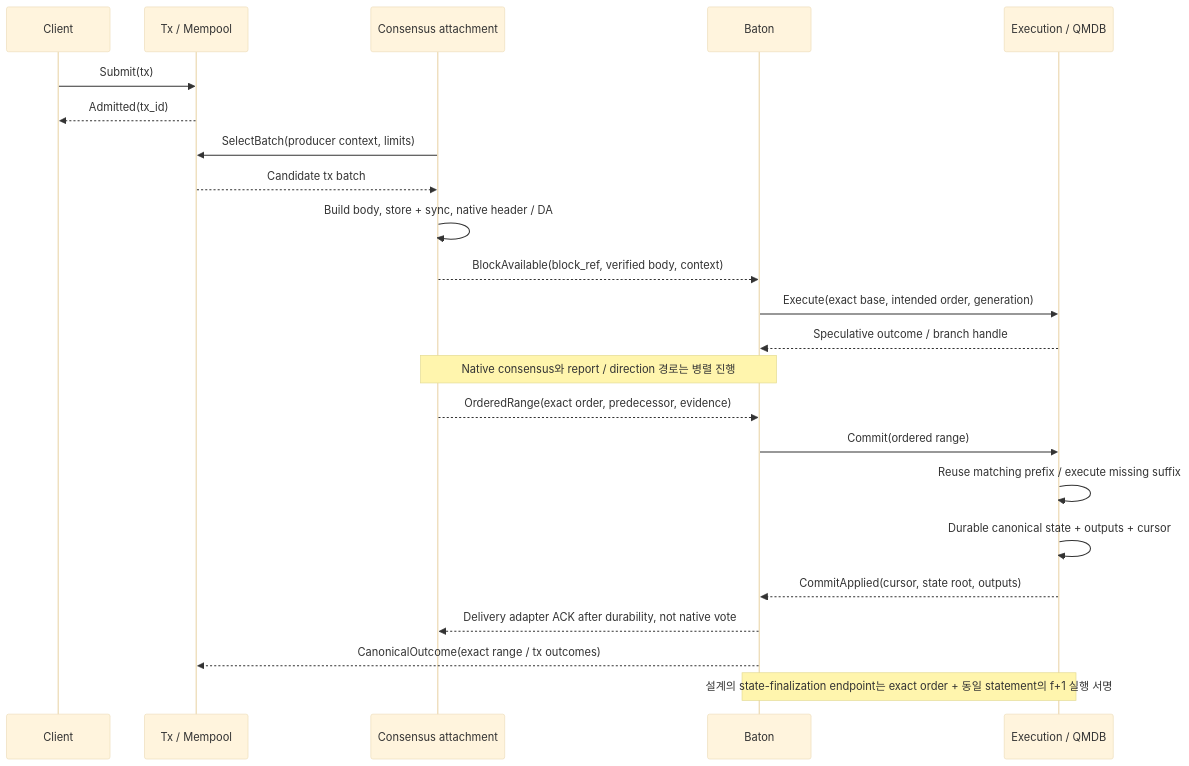
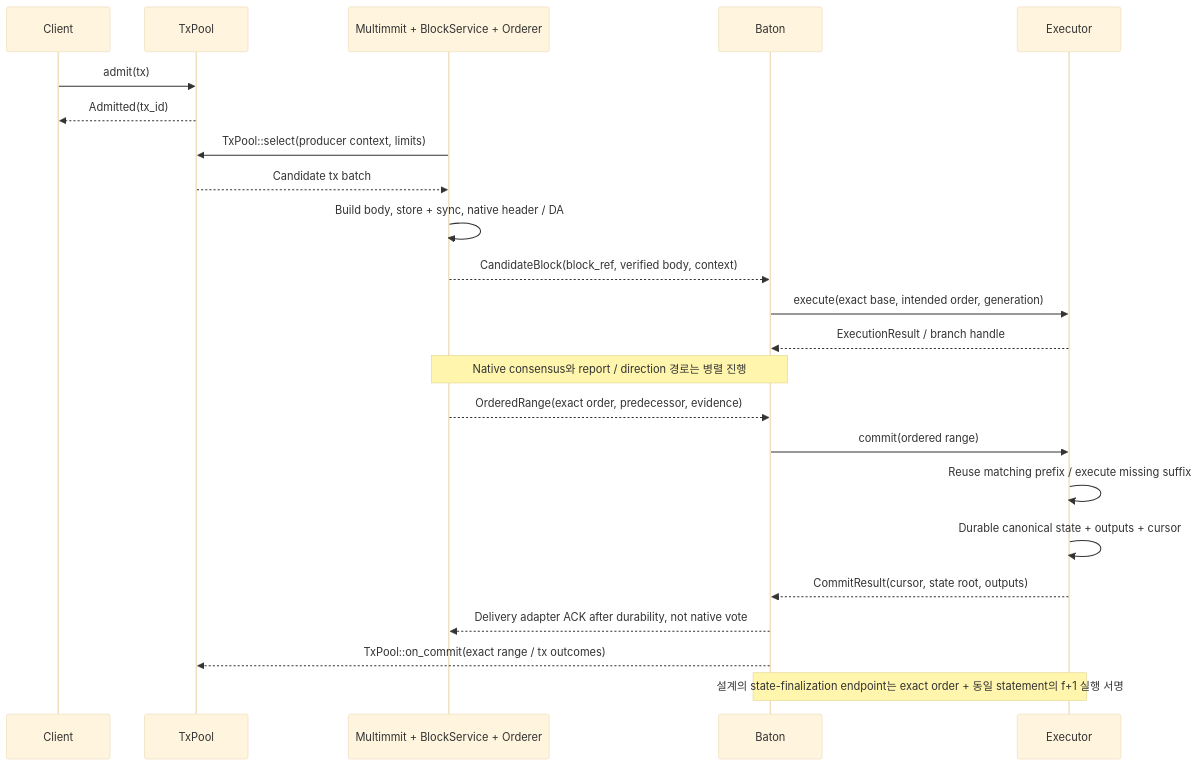
Before and after one commit to djm07073/baton-research: the second of 18 diagrams in IMPLEMENTATION_SPEC.md, drawn with Mermaid (base theme). The commit also changed other lines of this file and 51 other files, not shown here.

````diff
--- a/IMPLEMENTATION_SPEC.md
+++ b/IMPLEMENTATION_SPEC.md
@@ -182,25 +216,25 @@
 ```mermaid
 sequenceDiagram
     participant C as Client
-    participant T as Tx / Mempool
-    participant N as Consensus attachment
+    participant T as TxPool
+    participant N as Multimmit + BlockService + Orderer
     participant B as Baton
-    participant E as Execution / QMDB
-    C->>T: Submit(tx)
+    participant E as Executor
+    C->>T: admit(tx)
     T-->>C: Admitted(tx_id)
-    N->>T: SelectBatch(producer context, limits)
+    N->>T: TxPool::select(producer context, limits)
     T-->>N: Candidate tx batch
     N->>N: Build body, store + sync, native header / DA
-    N-->>B: BlockAvailable(block_ref, verified body, context)
-    B->>E: Execute(exact base, intended order, generation)
-    E-->>B: Speculative outcome / branch handle
+    N-->>B: CandidateBlock(block_ref, verified body, context)
+    B->>E: execute(exact base, intended order, generation)
+    E-->>B: ExecutionResult / branch handle
     Note over N,B: Native consensus와 report / direction 경로는 병렬 진행
     N-->>B: OrderedRange(exact order, predecessor, evidence)
-    B->>E: Commit(ordered range)
+    B->>E: commit(ordered range)
     E->>E: Reuse matching prefix / execute missing suffix
     E->>E: Durable canonical state + outputs + cursor
-    E-->>B: CommitApplied(cursor, state root, outputs)
+    E-->>B: CommitResult(cursor, state root, outputs)
     B-->>N: Delivery adapter ACK after durability, not native vote
-    B-->>T: CanonicalOutcome(exact range / tx outcomes)
+    B-->>T: TxPool::on_commit(exact range / tx outcomes)
     Note over B,E: 설계의 state-finalization endpoint는 exact order + 동일 statement의 f+1 실행 서명
 ```
````
